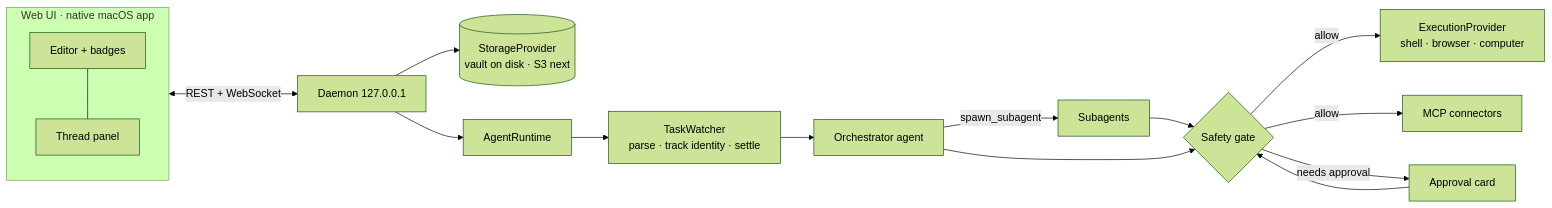
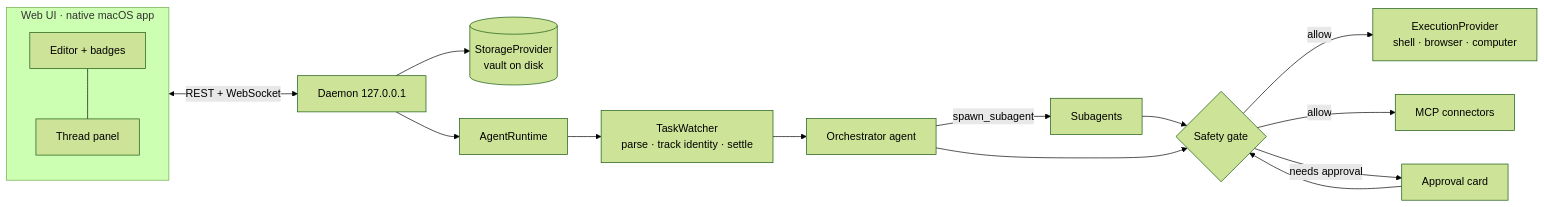
One commit to aayc/dolist changed the diagram in README.md. Above: the diagram before and after it, drawn with Mermaid (forest theme). The commit also changed other lines of this file and 34 other files, not shown here.

````diff
--- a/README.md
+++ b/README.md
@@ -183,17 +182,17 @@
 ```mermaid
 flowchart LR
   subgraph UI["Web UI · native macOS app"]
     E[Editor + badges] --- T[Thread panel]
   end
   UI <-- REST + WebSocket --> D[Daemon 127.0.0.1]
-  D --> S[(StorageProvider<br/>vault on disk · S3 next)]
+  D --> S[(StorageProvider<br/>vault on disk)]
   D --> R[AgentRuntime]
   R --> W[TaskWatcher<br/>parse · track identity · settle]
   W --> O[Orchestrator agent]
   O -->|spawn_subagent| A[Subagents]
   A --> G{Safety gate}
   O --> G
   G -->|allow| X[ExecutionProvider<br/>shell · browser · computer]
   G -->|allow| M[MCP connectors]
   G -->|needs approval| P[Approval card] --> G
 ```
````
